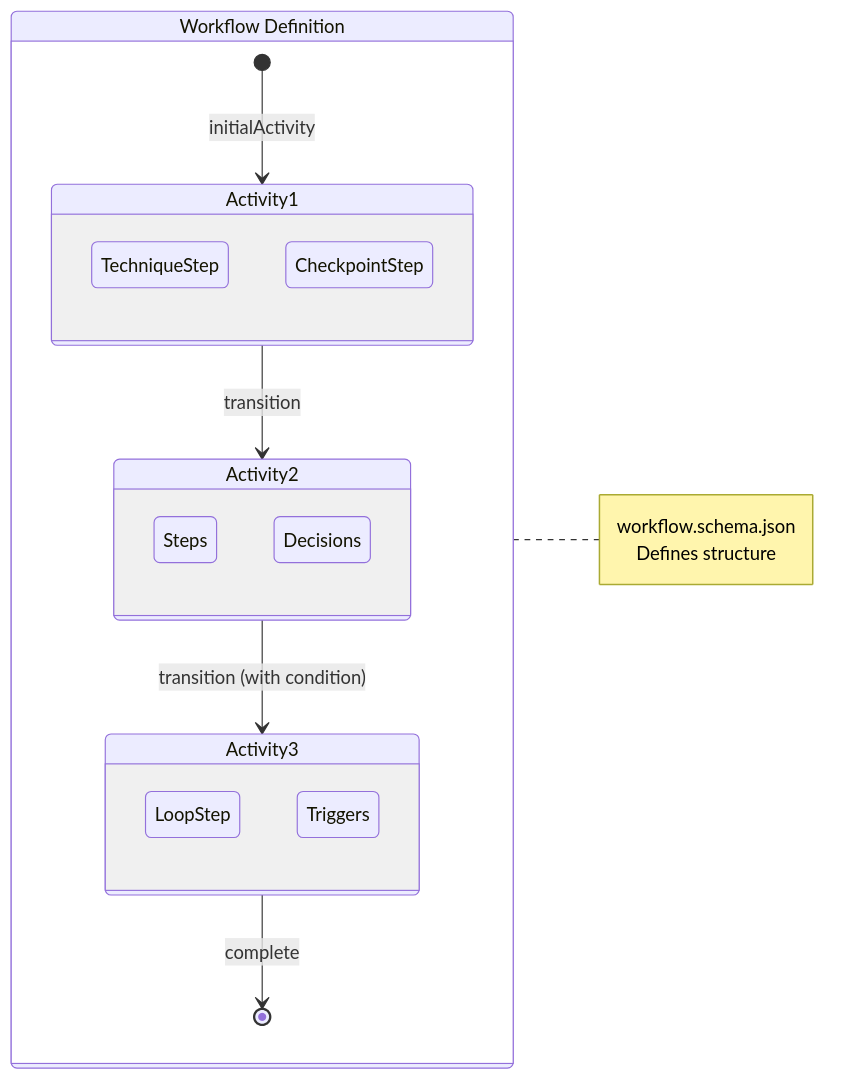
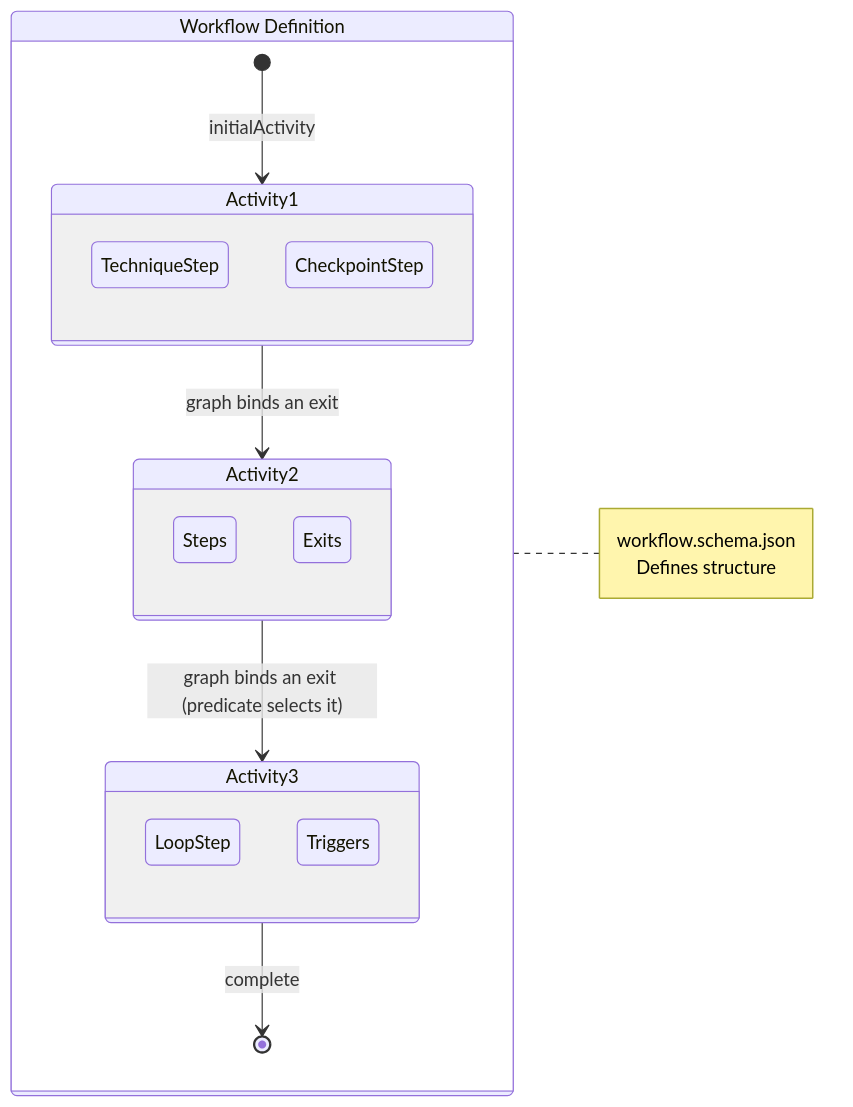
One commit to m2ux/workflow-server changed the first of 3 diagrams in schemas/README.md. Above: the diagram before and after it, drawn with Mermaid. The commit also changed other lines of this file and 8 other files, not shown here.

````diff
--- a/schemas/README.md
+++ b/schemas/README.md
@@ -48,29 +48,29 @@
 ```mermaid
 stateDiagram-v2
     direction LR
     
     state "Workflow Definition" as WD {
         [*] --> Activity1: initialActivity
-        Activity1 --> Activity2: transition
-        Activity2 --> Activity3: transition (with condition)
+        Activity1 --> Activity2: graph binds an exit
+        Activity2 --> Activity3: graph binds an exit (predicate selects it)
         Activity3 --> [*]: complete
         
         state Activity1 {
             TechniqueStep
             CheckpointStep
         }
         state Activity2 {
             Steps
-            Decisions
+            Exits
         }
         state Activity3 {
             LoopStep
             Triggers
         }
     }
     
     note right of WD
         workflow.schema.json
         Defines structure
     end note
 ```
````
